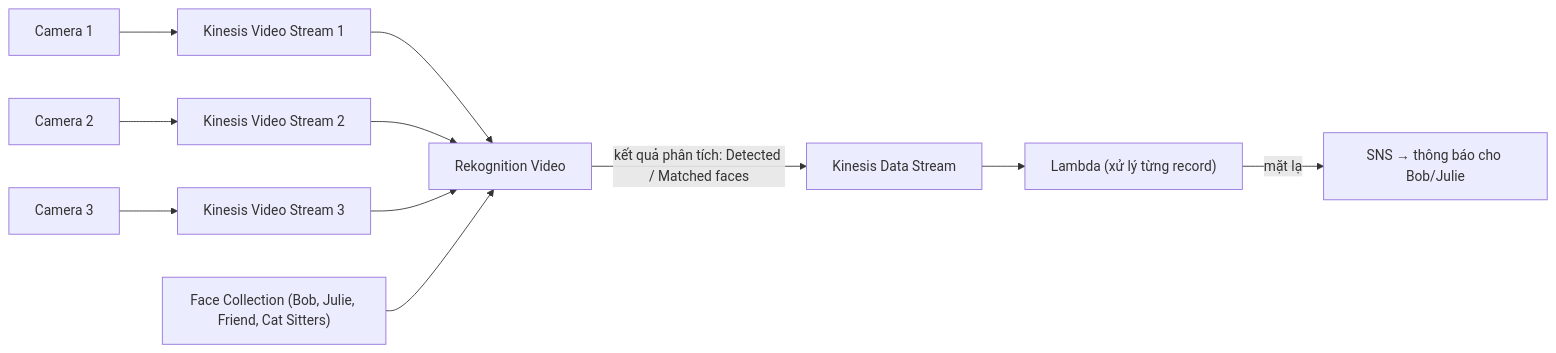
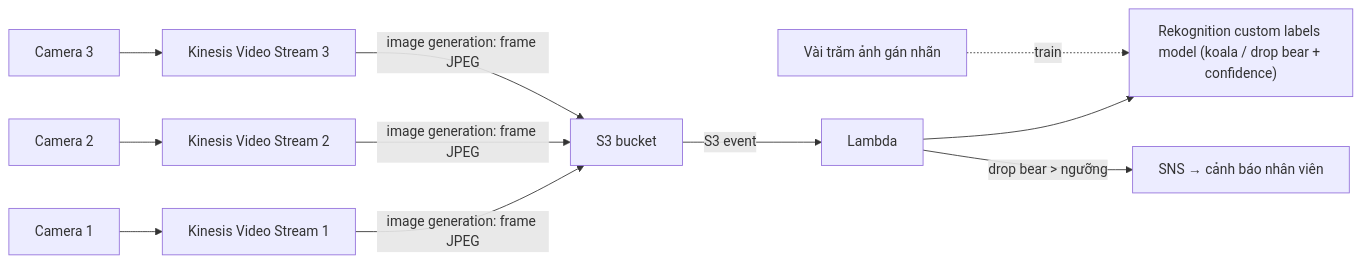
Before and after one commit to hairbui76/aws-saa-c03: the diagram in data/14 Serverless and Application Services/Kinesis Video Streams.md, drawn with Mermaid. The commit also changed other lines of this file and 84 other files, not shown here.

````diff
--- a/data/14 Serverless and Application Services/Kinesis Video Streams.md
+++ b/data/14 Serverless and Application Services/Kinesis Video Streams.md
@@ -29,13 +31,11 @@
 ```mermaid
 flowchart LR
     CAM1["Camera 1"] --> KVS1["Kinesis Video Stream 1"]
     CAM2["Camera 2"] --> KVS2["Kinesis Video Stream 2"]
     CAM3["Camera 3"] --> KVS3["Kinesis Video Stream 3"]
-    KVS1 --> REK["Rekognition Video"]
-    KVS2 --> REK
-    KVS3 --> REK
-    FC["Face Collection (Bob, Julie, Friend, Cat Sitters)"] --> REK
-    REK -->|"kết quả phân tích: Detected / Matched faces"| KDS["Kinesis Data Stream"]
-    KDS --> L["Lambda (xử lý từng record)"]
-    L -->|"mặt lạ"| SNS["SNS → thông báo cho Bob/Julie"]
+    KVS1 & KVS2 & KVS3 -->|"image generation: frame JPEG"| S3["S3 bucket"]
+    S3 -->|"S3 event"| L["Lambda"]
+    L --> REK["Rekognition custom labels model (koala / drop bear + confidence)"]
+    TR["Vài trăm ảnh gán nhãn"] -.->|"train"| REK
+    L -->|"drop bear > ngưỡng"| SNS["SNS → cảnh báo nhân viên"]
 ```
````
